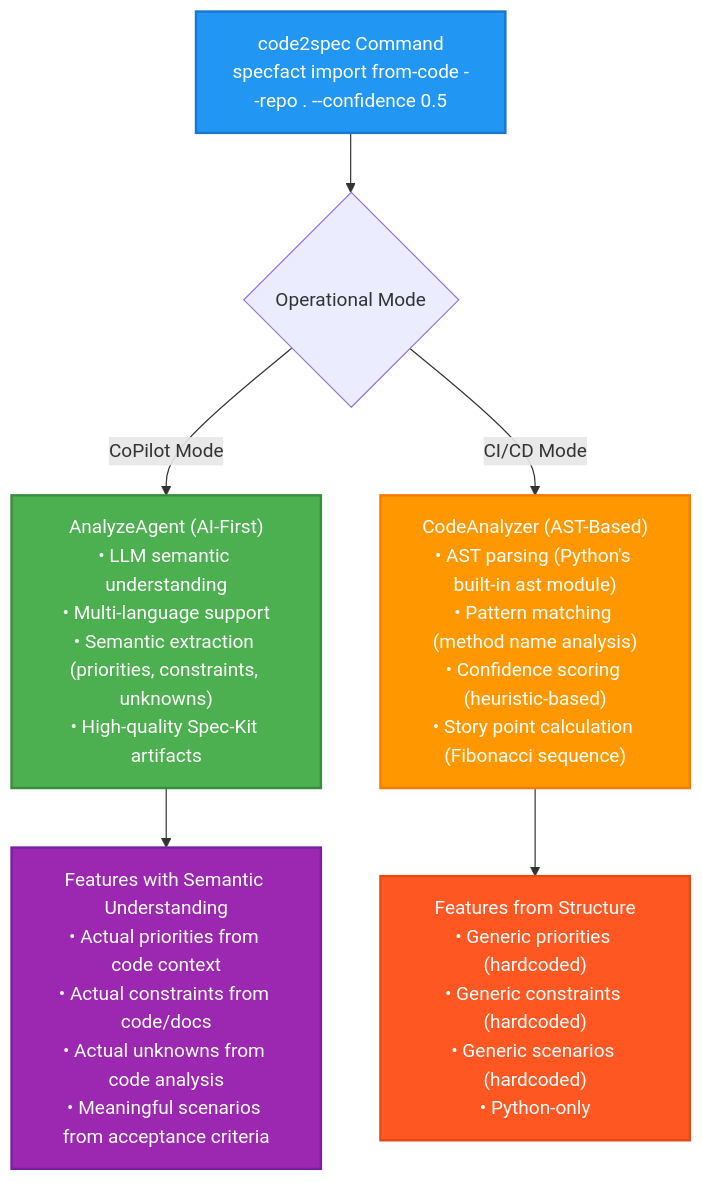
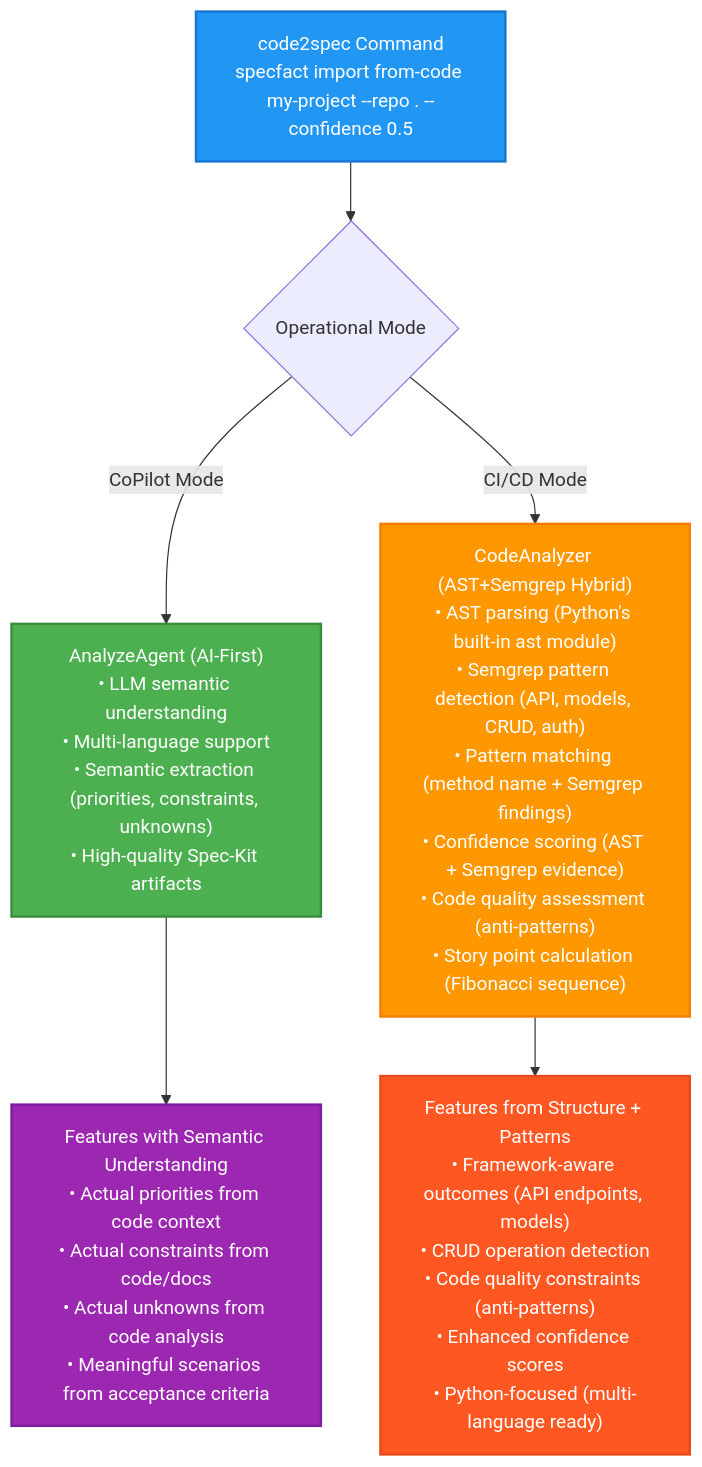
The diagram in docs/technical/code2spec-analysis-logic.md (nold-ai/specfact-cli), drawn with Mermaid before and after one commit. The commit also changed other lines of this file and 216 other files, not shown here.

````diff
--- a/docs/technical/code2spec-analysis-logic.md
+++ b/docs/technical/code2spec-analysis-logic.md
@@ -62,18 +67,18 @@
 ```mermaid
 flowchart TD
-    A["code2spec Command<br/>specfact import from-code --repo . --confidence 0.5"] --> B{Operational Mode}
+    A["code2spec Command<br/>specfact import from-code my-project --repo . --confidence 0.5"] --> B{Operational Mode}
     
     B -->|CoPilot Mode| C["AnalyzeAgent (AI-First)<br/>• LLM semantic understanding<br/>• Multi-language support<br/>• Semantic extraction (priorities, constraints, unknowns)<br/>• High-quality Spec-Kit artifacts"]
     
-    B -->|CI/CD Mode| D["CodeAnalyzer (AST-Based)<br/>• AST parsing (Python's built-in ast module)<br/>• Pattern matching (method name analysis)<br/>• Confidence scoring (heuristic-based)<br/>• Story point calculation (Fibonacci sequence)"]
+    B -->|CI/CD Mode| D["CodeAnalyzer (AST+Semgrep Hybrid)<br/>• AST parsing (Python's built-in ast module)<br/>• Semgrep pattern detection (API, models, CRUD, auth)<br/>• Pattern matching (method name + Semgrep findings)<br/>• Confidence scoring (AST + Semgrep evidence)<br/>• Code quality assessment (anti-patterns)<br/>• Story point calculation (Fibonacci sequence)"]
     
     C --> E["Features with Semantic Understanding<br/>• Actual priorities from code context<br/>• Actual constraints from code/docs<br/>• Actual unknowns from code analysis<br/>• Meaningful scenarios from acceptance criteria"]
     
-    D --> F["Features from Structure<br/>• Generic priorities (hardcoded)<br/>• Generic constraints (hardcoded)<br/>• Generic scenarios (hardcoded)<br/>• Python-only"]
+    D --> F["Features from Structure + Patterns<br/>• Framework-aware outcomes (API endpoints, models)<br/>• CRUD operation detection<br/>• Code quality constraints (anti-patterns)<br/>• Enhanced confidence scores<br/>• Python-focused (multi-language ready)"]
     
     style A fill:#2196F3,stroke:#1976D2,stroke-width:2px,color:#fff
     style C fill:#4CAF50,stroke:#388E3C,stroke-width:2px,color:#fff
     style D fill:#FF9800,stroke:#F57C00,stroke-width:2px,color:#fff
     style E fill:#9C27B0,stroke:#7B1FA2,stroke-width:2px,color:#fff
     style F fill:#FF5722,stroke:#E64A19,stroke-width:2px,color:#fff
 ```
````
